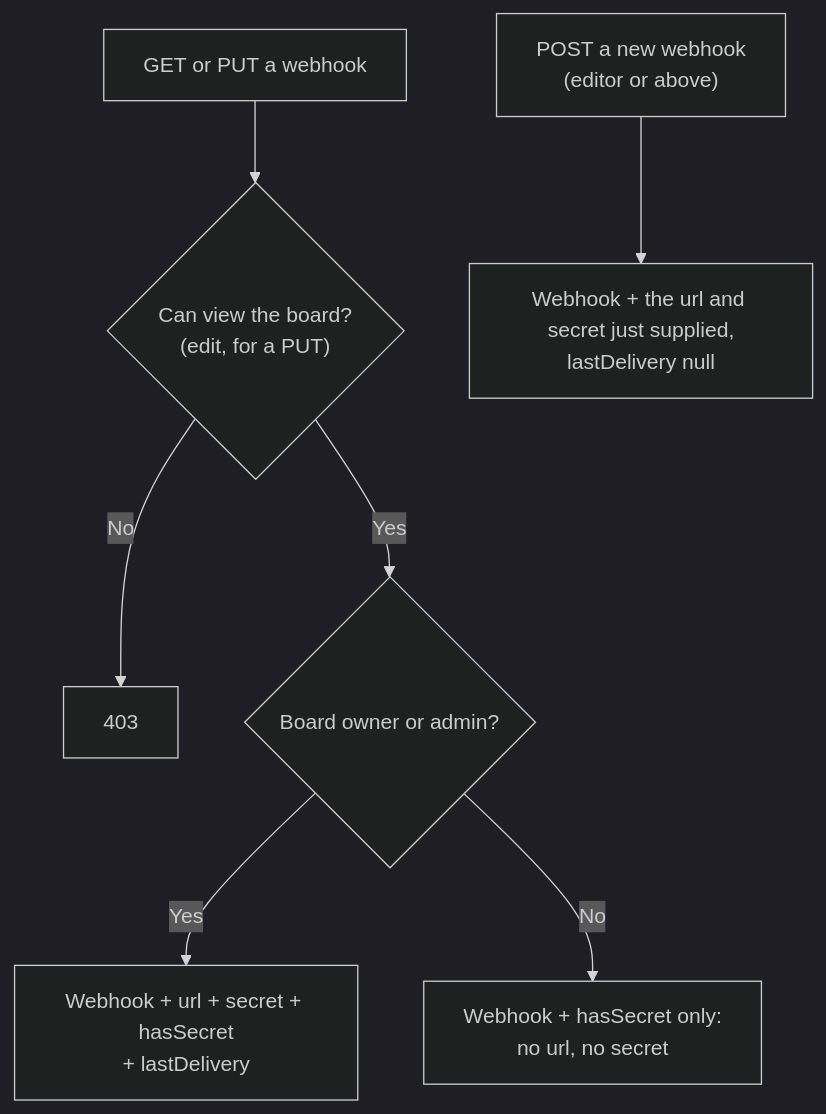
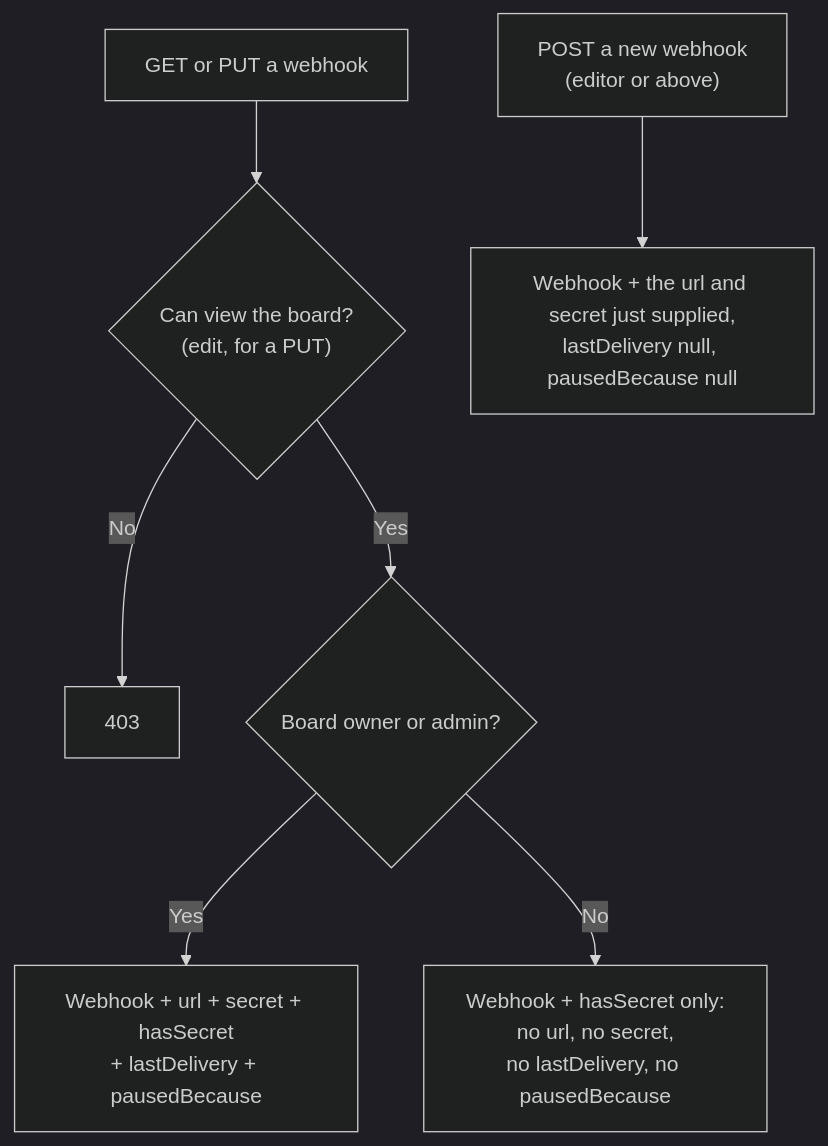
Diagram 16 of 22 in docs/notifications-email.md (gitBoon/DumpFire), drawn with Mermaid (dark theme) before and after one commit. The commit also changed other lines of this file and 18 other files, not shown here.

````diff
--- a/docs/notifications-email.md
+++ b/docs/notifications-email.md
@@ -1104,9 +1108,9 @@
 ```mermaid
 flowchart TD
     Read["GET or PUT a webhook"] --> View{"Can view the board?<br/>(edit, for a PUT)"}
     View -->|"No"| R403["403"]
     View -->|"Yes"| Role{"Board owner or admin?"}
-    Role -->|"Yes"| WithSecret["Webhook + url + secret + hasSecret<br/>+ lastDelivery"]
-    Role -->|"No"| NoSecret["Webhook + hasSecret only:<br/>no url, no secret"]
-    Create["POST a new webhook\n(editor or above)"] --> Once["Webhook + the url and secret just supplied,<br/>lastDelivery null"]
+    Role -->|"Yes"| WithSecret["Webhook + url + secret + hasSecret<br/>+ lastDelivery + pausedBecause"]
+    Role -->|"No"| NoSecret["Webhook + hasSecret only:<br/>no url, no secret,<br/>no lastDelivery, no pausedBecause"]
+    Create["POST a new webhook\n(editor or above)"] --> Once["Webhook + the url and secret just supplied,<br/>lastDelivery null, pausedBecause null"]
 ```
````
